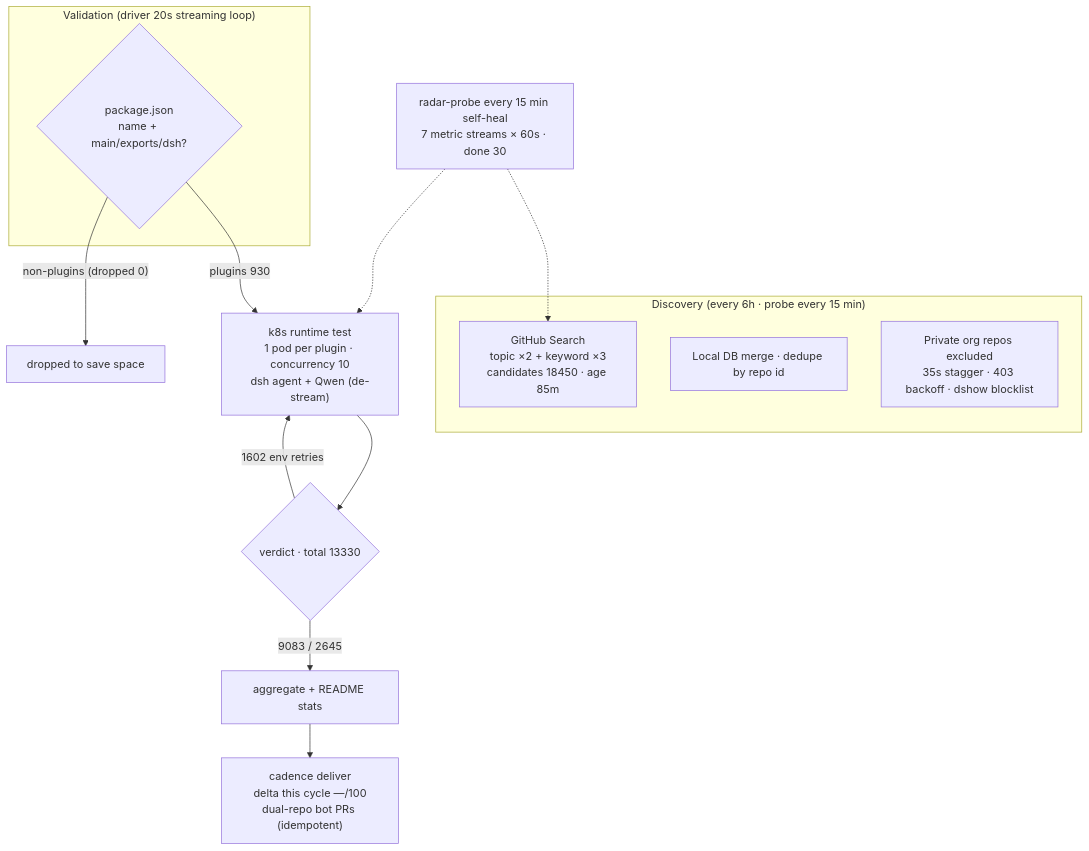
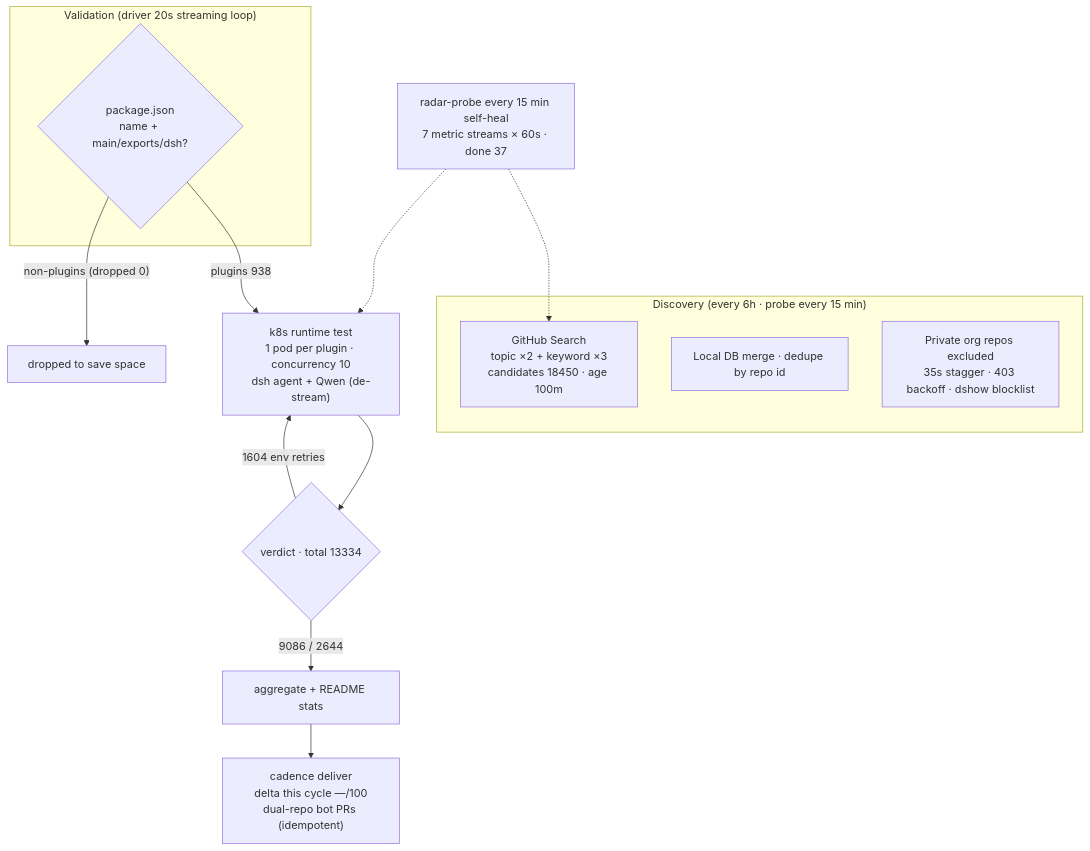
One commit to AdamPlatin123/awesome-dsh-plugins changed the diagram in README.en-US.md. Above: the diagram before and after it, drawn with Mermaid. The commit also changed other lines of this file and 12 other files, not shown here.

````diff
--- a/README.en-US.md
+++ b/README.en-US.md
@@ -45,20 +45,20 @@
 ```mermaid
 flowchart TB
     subgraph Discovery["Discovery (every 6h · probe every 15 min)"]
-        A1["GitHub Search<br/>topic ×2 + keyword ×3<br/>candidates 18450 · age 85m"]
+        A1["GitHub Search<br/>topic ×2 + keyword ×3<br/>candidates 18450 · age 100m"]
         A2["Local DB merge · dedupe by repo id"]
         A3["Private org repos excluded<br/>35s stagger · 403 backoff · dshow blocklist"]
     end
     subgraph Validation["Validation (driver 20s streaming loop)"]
         B1{"package.json<br/>name + main/exports/dsh?"}
     end
-    B1 -->|"plugins 930"| C1["k8s runtime test<br/>1 pod per plugin · concurrency 10<br/>dsh agent + Qwen (de-stream)"]
+    B1 -->|"plugins 938"| C1["k8s runtime test<br/>1 pod per plugin · concurrency 10<br/>dsh agent + Qwen (de-stream)"]
     B1 -->|"non-plugins (dropped 0)"| B3["dropped to save space"]
-    C1 --> D1{"verdict · total 13330"}
-    D1 -->|"9083 / 2645"| E1["aggregate + README stats"]
-    D1 -->|"1602 env retries"| C1
+    C1 --> D1{"verdict · total 13334"}
+    D1 -->|"9086 / 2644"| E1["aggregate + README stats"]
+    D1 -->|"1604 env retries"| C1
     E1 --> E2["cadence deliver<br/>delta this cycle —/100<br/>dual-repo bot PRs (idempotent)"]
-    M["radar-probe every 15 min self-heal<br/>7 metric streams × 60s · done 30"]
+    M["radar-probe every 15 min self-heal<br/>7 metric streams × 60s · done 37"]
     M -.-> A1
     M -.-> C1
 ```
````
